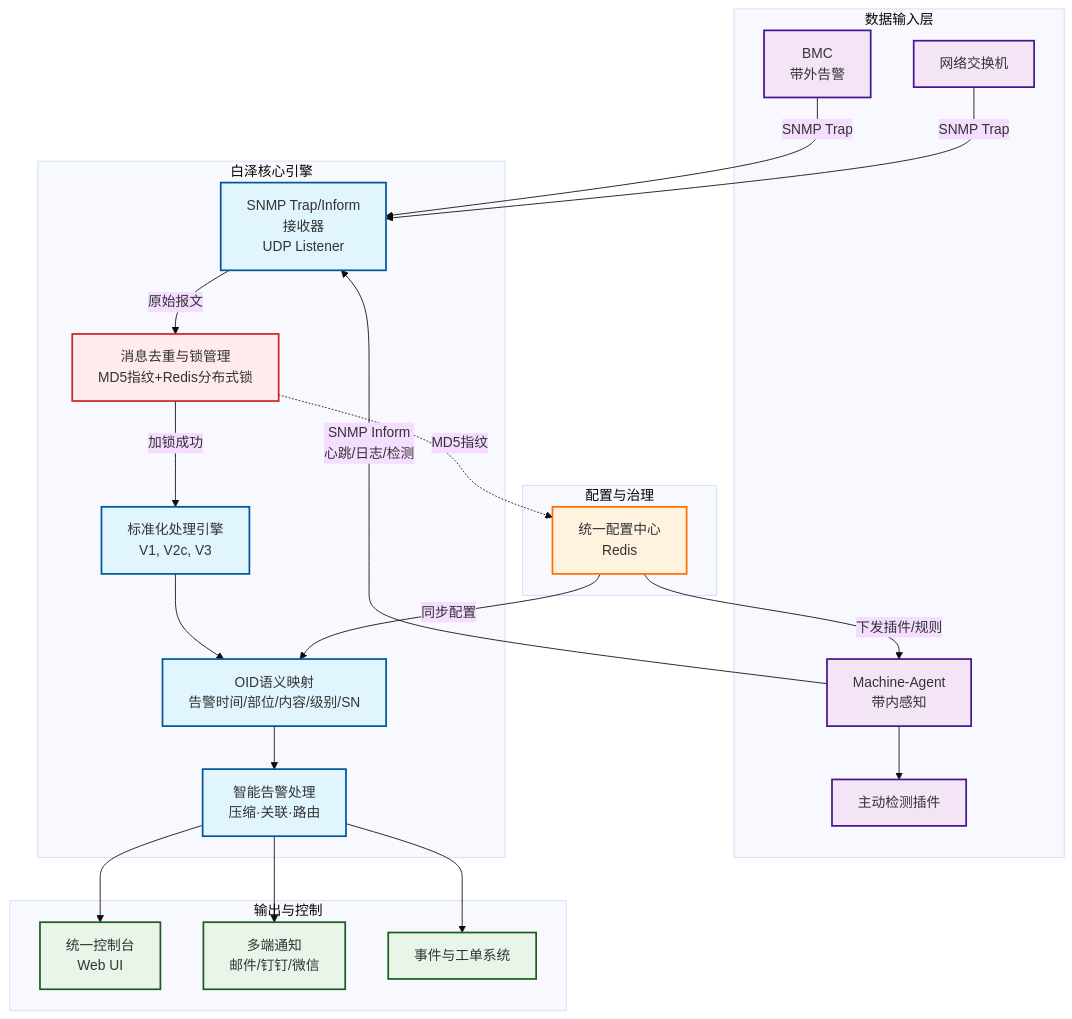
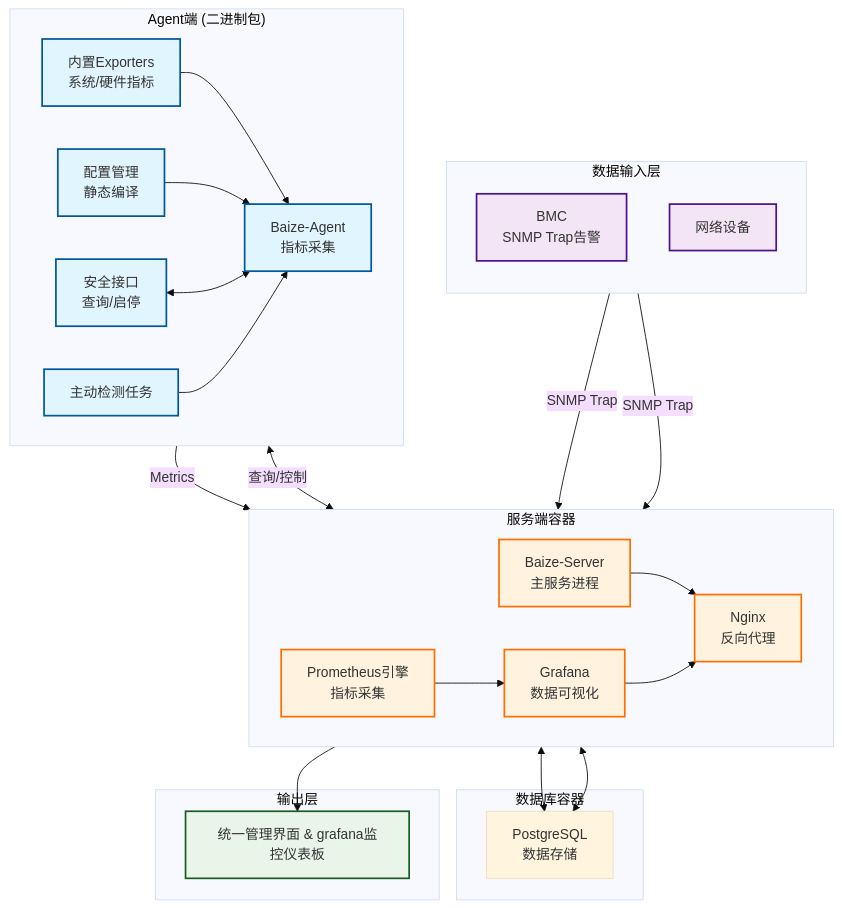
The diagram in README_CN.md (tokyoyoyo/baize-monitor), drawn with Mermaid (base theme) before and after one commit. The commit also changed other lines of this file and 1 other file, not shown here.

Commit message:
``` docs(readme): update architecture documentation with microservices design
- refactor architecture description from distributed to modern microservices
  architecture with separate database container
- update component descriptions to reflect server container with embedded
  services (Prometheus, Grafana, Nginx) and binary package agent
- redesign mermaid diagram to show new containerized architecture with
  clear separation of concerns
- add detailed deployment process with step-by-step instructions
- update core advantages to emphasize microservices benefits, security
  controls, and unified management
- revise problem statements to better reflect current monitoring challenges
- replace deployment methods with technical features section
```

````diff
--- a/README_CN.md
+++ b/README_CN.md
@@ -26,85 +29,78 @@
 ```mermaid
 graph TB
-    %% 定义样式
-    classDef core fill:#e1f5fe,stroke:#01579b,stroke-width:2px
-    classDef input fill:#f3e5f5,stroke:#4a148c,stroke-width:2px
-    classDef config fill:#fff3e0,stroke:#ff6f00,stroke-width:2px
-    classDef output fill:#e8f5e8,stroke:#1b5e20,stroke-width:2px
-    classDef lock fill:#ffebee,stroke:#c62828,stroke-width:2px
+   %% 定义样式
+   classDef core fill:#e1f5fe,stroke:#01579b,stroke-width:2px
+   classDef input fill:#f3e5f5,stroke:#4a148c,stroke-width:2px
+   classDef container fill:#fff3e0,stroke:#ff6f00,stroke-width:2px
+   classDef output fill:#e8f5e8,stroke:#1b5e20,stroke-width:2px
 
-    %% 数据输入层
-    A1[BMC<br/>带外告警]
-    A2[网络交换机]
-    A3[Machine-Agent<br/>带内感知]
-    A4[主动检测插件]
+   %% 数据输入层 - 顶部
+   subgraph "数据输入层"
+      direction TB
+      A1[BMC<br/>SNMP Trap告警]
+      A2[网络设备]
+   end
 
-    %% 白泽核心引擎
-    B1[SNMP Trap/Inform<br/>接收器<br/>UDP Listener]
+   %% Agent端 - 位于输入层下方，作为主要数据源
+   subgraph "Agent端 (二进制包)"
+      direction LR   %% 水平排列使内部组件靠近输出侧
+      C1[内置Exporters<br/>系统/硬件指标]
+      C2[配置管理<br/>静态编译]
+      C3[安全接口<br/>查询/启停]
+      C4[主动检测任务]
+      A3[Baize-Agent<br/>指标采集]
+      C1 --> A3
+      C2 --> A3
+      C3 <--> A3
+      C4 --> A3
+   end
 
-    %% 新增：分布式锁控制层
-    B1_5[消息去重与锁管理<br/>MD5指纹+Redis分布式锁]
+   %% 服务端容器 - 水平排列，从左到右：Prometheus, Server, Grafana, Nginx
+   subgraph "服务端容器"
+      direction LR
+      B2[Prometheus引擎<br/>指标采集]
+      B1[Baize-Server<br/>主服务进程]
+      B3[Grafana<br/>数据可视化]
+      B5[Nginx<br/>反向代理]
+   end
 
-    B2[标准化处理引擎<br/>V1, V2c, V3]
-    B3[OID语义映射<br/>告警时间/部位/内容/级别/SN]
-    B4[智能告警处理<br/>压缩·关联·路由]
+   %% 数据库容器 - 独立于右侧
+   subgraph "数据库容器"
+      B4[PostgreSQL<br/>数据存储]
+   end
 
-    %% 配置与治理
-    C[统一配置中心<br/>Redis]
+   %% 输出层 - 底部
+   subgraph "输出层"
+      D1[统一管理界面 & grafana监控仪表板]
+   end
 
-    %% 输出与控制
-    D1[统一控制台<br/>Web UI]
-    D2[多端通知<br/>邮件/钉钉/微信]
-    D3[事件与工单系统]
+   %% 连接关系（保持原逻辑）
+   A1 -->|SNMP Trap| B1
+   A2 -->|SNMP Trap| B1
 
-    %% 连接关系
-    A1 -->|SNMP Trap| B1
-    A2 -->|SNMP Trap| B1
-    A3 -->|SNMP Inform<br/>心跳/日志/检测| B1
-    A3 --> A4
+   A3 -->|Metrics| B2          
+   %% Agent指标直接进入Prometheus
+  
+   C3 <-->|查询/控制| B1       
+   %% 安全接口与Server双向通信
 
-    B1 -->|原始报文| B1_5
-    B1_5 -->|加锁成功| B2
-    B1_5 -.->|MD5指纹| C
-    B2 --> B3
-    B3 --> B4
+   B1 <--> B4                  
+   %% Server读写数据库
+   B3 <--> B4                   
+   %% Grafana读取数据库
 
-    C -->|同步配置| B3
-    C -->|下发插件/规则| A3
+   B1 --> B5                    
+   %% Server通过Nginx暴露
+   B3 --> B5                   
+   %% Grafana通过Nginx暴露
+   B5 --> D1                   
+   %% Nginx代理至统一界面
+   B2 --> B3
 
-    B4 --> D1
-    B4 --> D2
-    B4 --> D3
-
-    %% 应用样式
-    class B1,B2,B3,B4 core
-    class A1,A2,A3,A4 input
-    class C config
-    class D1,D2,D3 output
-    class B1_5 lock
-
-    %% 分组框
-    subgraph 数据输入层
-        A1
-        A2
-        A3
-        A4
-    end
-
-    subgraph 白泽核心引擎
-        B1
-        B1_5
-        B2
-        B3
-        B4
-    end
-
-    subgraph 配置与治理
-        C
-    end
-
-    subgraph 输出与控制
-        D1
-        D2
-        D3
-    end
+   %% 应用样式
+   class B1,B2,B3,B5 container
+   class B4 database
+   class A1,A2 input
+   class C1,C2,C3,C4,A3 core
+   class D1 output
 ```
````
